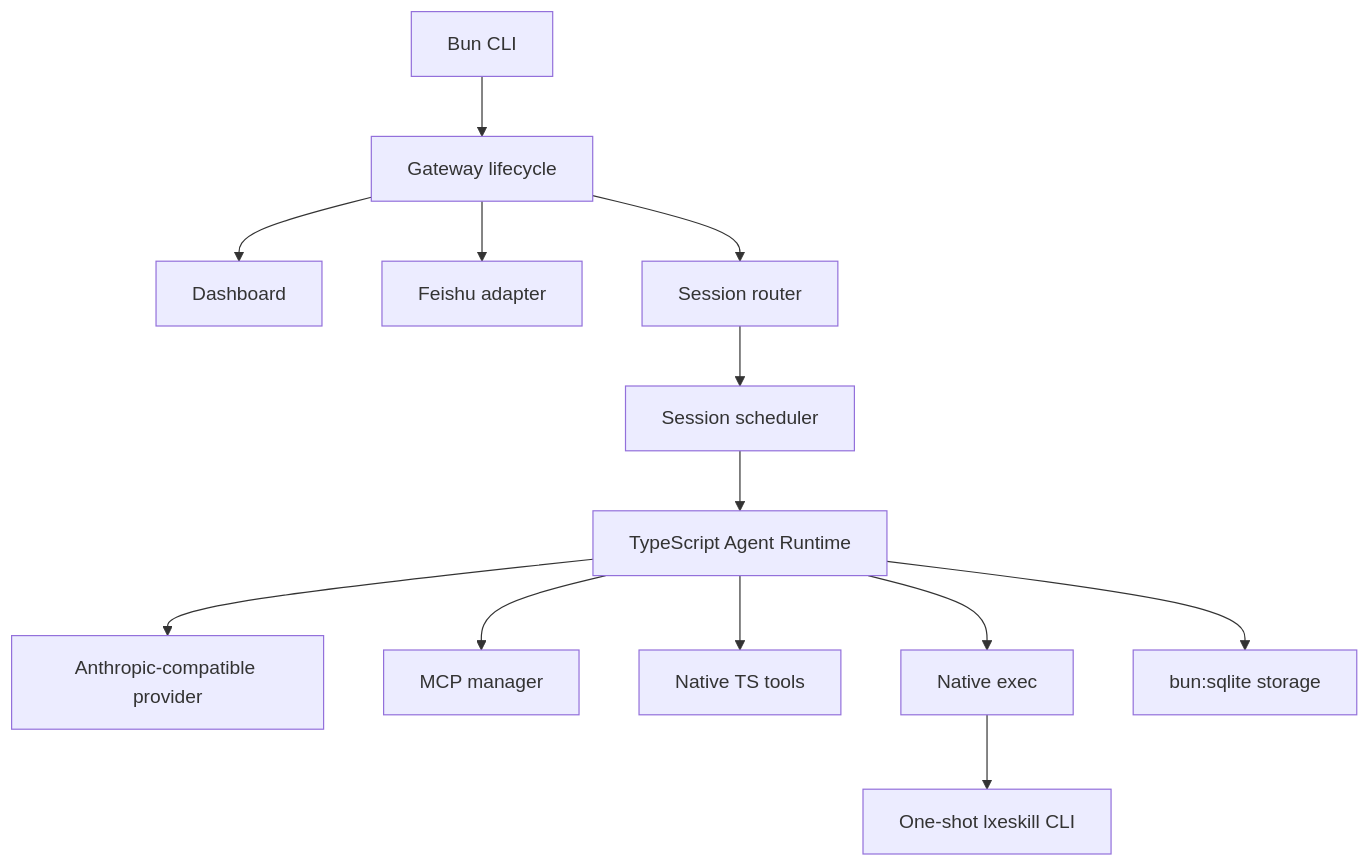
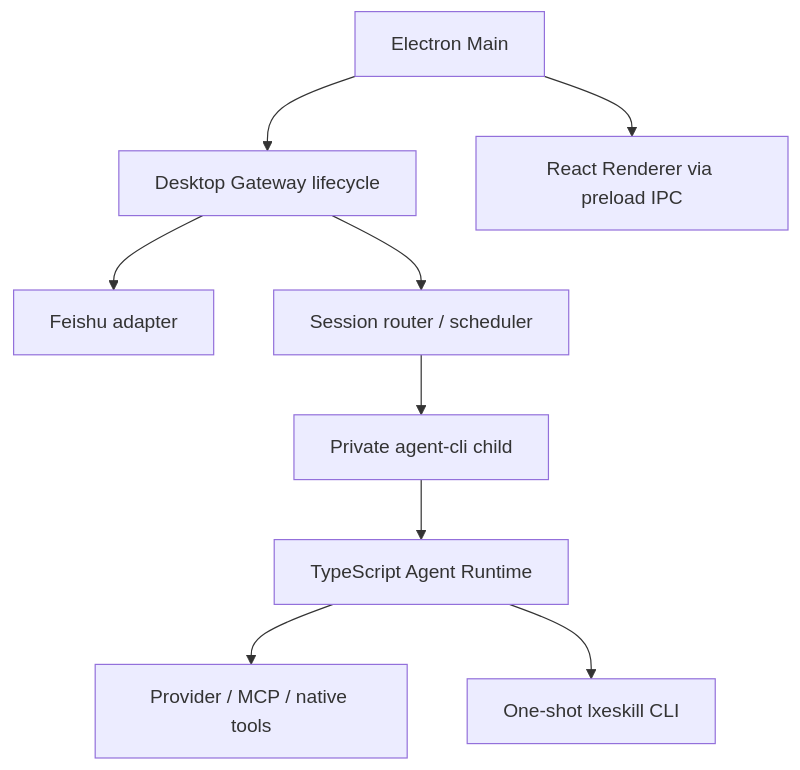
The diagram in docs/eventloop.md (LXE123/LXE_AGENT), drawn with Mermaid before and after one commit. The commit also changed other lines of this file and 84 other files, not shown here.

First line of the commit message:
feat(desktop): consolidate LXE Agent into a desktop-only product

````diff
--- a/docs/eventloop.md
+++ b/docs/eventloop.md
@@ -16,15 +16,11 @@
 ```mermaid
 flowchart TD
-    A["Bun CLI"] --> B["Gateway lifecycle"]
-    B --> C["Dashboard"]
+    A["Electron Main"] --> B["Desktop Gateway lifecycle"]
+    A --> C["React Renderer via preload IPC"]
     B --> D["Feishu adapter"]
-    B --> E["Session router"]
-    E --> F["Session scheduler"]
+    B --> E["Session router / scheduler"]
+    E --> F["Private agent-cli child"]
     F --> G["TypeScript Agent Runtime"]
-    G --> H["Anthropic-compatible provider"]
-    G --> I["MCP manager"]
-    G --> J["Native TS tools"]
-    G --> K["Native exec"]
-    K --> M["One-shot lxeskill CLI"]
-    G --> L["bun:sqlite storage"]
+    G --> H["Provider / MCP / native tools"]
+    G --> I["One-shot lxeskill CLI"]
 ```
````
